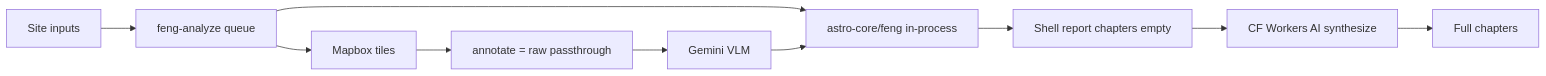
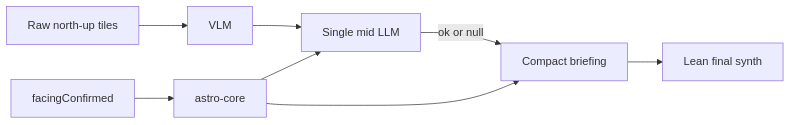
Before and after one commit to rookieroo/hexastral: the diagram in docs/apps/feng/report-quality-plan.md, drawn with Mermaid. The commit also changed other lines of this file and 120 other files, not shown here.

````diff
--- a/docs/apps/feng/report-quality-plan.md
+++ b/docs/apps/feng/report-quality-plan.md
@@ -11,12 +26,10 @@
 ```mermaid
 flowchart LR
-  site[Site inputs] --> queue[feng-analyze queue]
-  queue --> maps[Mapbox tiles]
-  maps --> annotate[annotate = raw passthrough]
-  annotate --> vision[Gemini VLM]
-  queue --> compute[astro-core/feng in-process]
-  vision --> compute
-  compute --> shell[Shell report chapters empty]
-  shell --> synth[CF Workers AI synthesize]
-  synth --> full[Full chapters]
+  facingGate[facingConfirmed] --> compute[astro-core]
+  tiles[Raw north-up tiles] --> vision[VLM]
+  vision --> formLi[Single mid LLM]
+  compute --> formLi
+  formLi -->|ok or null| briefing[Compact briefing]
+  compute --> briefing
+  briefing --> synth[Lean final synth]
 ```
````
